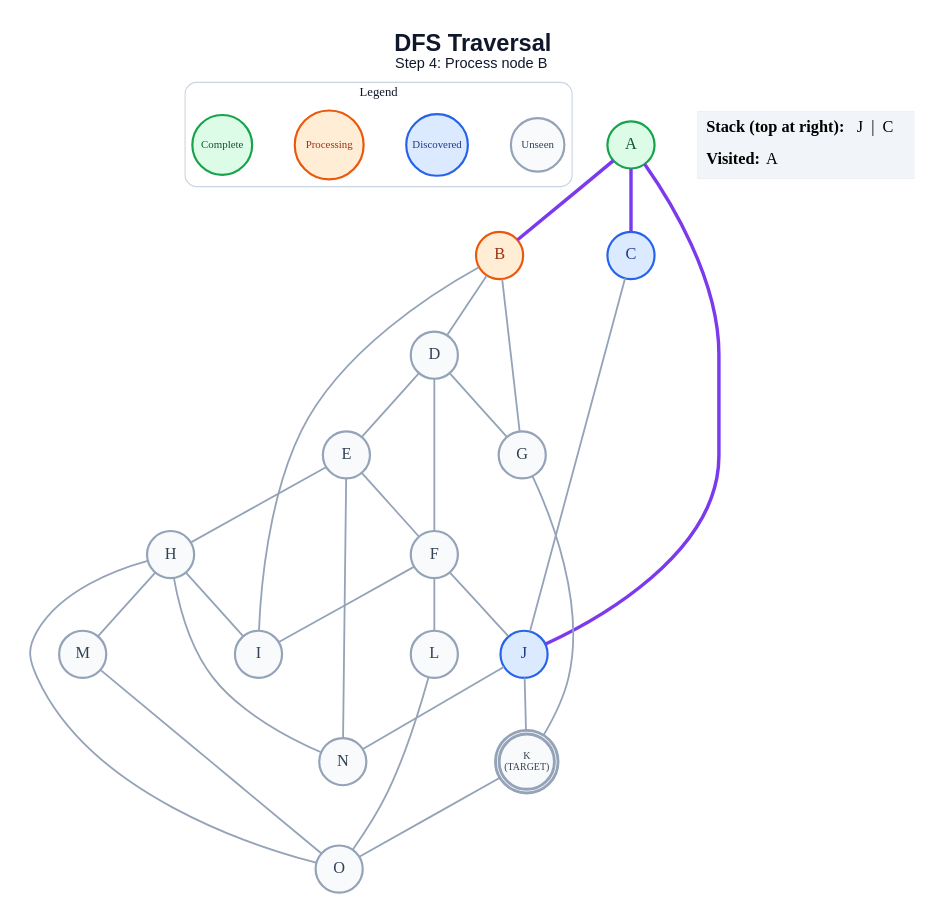
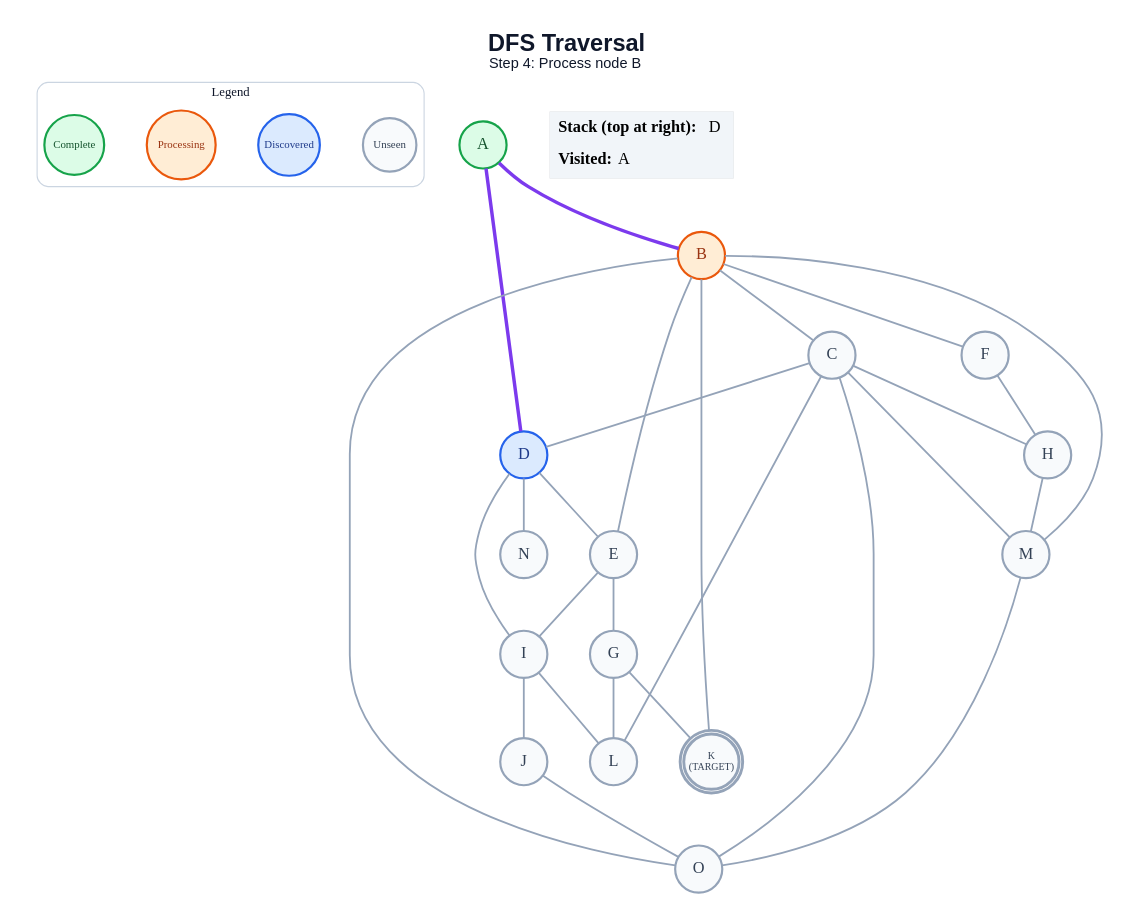
One commit to anon7238593-create/ai-slop changed the diagram in generated/dfs/step_04.dot. Above: the diagram before and after it, drawn with Graphviz. The commit also changed 245 other files, not shown here.

```diff
--- a/generated/dfs/step_04.dot
+++ b/generated/dfs/step_04.dot
@@ -1,60 +1,60 @@
 graph traversal {
   graph [layout=dot, rankdir=TB, bgcolor="#FFFFFF", pad="0.35", nodesep="0.65", ranksep="0.8", fontname="Arial"];
   node [shape=circle, style="filled", fontname="Arial Bold", fontsize=18, width=0.72, fixedsize=true, penwidth=2.4];
   edge [color="#94A3B8", penwidth=2.0];
   label=<<B>DFS Traversal</B><BR/><FONT POINT-SIZE="16">Step 4: Process node B</FONT>>; labelloc="t"; fontsize=26; fontname="Arial"; fontcolor="#0F172A";
   subgraph cluster_legend { label="Legend"; color="#CBD5E1"; penwidth=1.2; style="rounded"; fontsize=14; fontname="Arial Bold";
     key_unseen [label="Unseen", fillcolor="#F8FAFC", color="#94A3B8", fontcolor="#334155", fontsize=12, width=0.82];
     key_frontier [label="Discovered", fillcolor="#DBEAFE", color="#2563EB", fontcolor="#1E3A8A", fontsize=12, width=0.95];
     key_current [label="Processing", fillcolor="#FFEDD5", color="#EA580C", fontcolor="#9A3412", fontsize=12, width=1.05];
     key_done [label="Complete", fillcolor="#DCFCE7", color="#16A34A", fontcolor="#14532D", fontsize=12, width=0.92];
     { rank=same; key_unseen; key_frontier; key_current; key_done; }
   }
   A [label="A", fillcolor="#DCFCE7", color="#16A34A", fontcolor="#14532D", peripheries=1, penwidth=2.4];
   B [label="B", fillcolor="#FFEDD5", color="#EA580C", fontcolor="#9A3412", peripheries=1, penwidth=2.4];
-  C [label="C", fillcolor="#DBEAFE", color="#2563EB", fontcolor="#1E3A8A", peripheries=1, penwidth=2.4];
-  D [label="D", fillcolor="#F8FAFC", color="#94A3B8", fontcolor="#334155", peripheries=1, penwidth=2.4];
+  C [label="C", fillcolor="#F8FAFC", color="#94A3B8", fontcolor="#334155", peripheries=1, penwidth=2.4];
+  D [label="D", fillcolor="#DBEAFE", color="#2563EB", fontcolor="#1E3A8A", peripheries=1, penwidth=2.4];
   E [label="E", fillcolor="#F8FAFC", color="#94A3B8", fontcolor="#334155", peripheries=1, penwidth=2.4];
   F [label="F", fillcolor="#F8FAFC", color="#94A3B8", fontcolor="#334155", peripheries=1, penwidth=2.4];
   G [label="G", fillcolor="#F8FAFC", color="#94A3B8", fontcolor="#334155", peripheries=1, penwidth=2.4];
   H [label="H", fillcolor="#F8FAFC", color="#94A3B8", fontcolor="#334155", peripheries=1, penwidth=2.4];
   I [label="I", fillcolor="#F8FAFC", color="#94A3B8", fontcolor="#334155", peripheries=1, penwidth=2.4];
-  J [label="J", fillcolor="#DBEAFE", color="#2563EB", fontcolor="#1E3A8A", peripheries=1, penwidth=2.4];
+  J [label="J", fillcolor="#F8FAFC", color="#94A3B8", fontcolor="#334155", peripheries=1, penwidth=2.4];
   K [label="K\n(TARGET)", fillcolor="#F8FAFC", color="#94A3B8", fontcolor="#334155", peripheries=2, penwidth=3.2, fontsize=11, width=0.85, height=0.85];
   L [label="L", fillcolor="#F8FAFC", color="#94A3B8", fontcolor="#334155", peripheries=1, penwidth=2.4];
   M [label="M", fillcolor="#F8FAFC", color="#94A3B8", fontcolor="#334155", peripheries=1, penwidth=2.4];
   N [label="N", fillcolor="#F8FAFC", color="#94A3B8", fontcolor="#334155", peripheries=1, penwidth=2.4];
   O [label="O", fillcolor="#F8FAFC", color="#94A3B8", fontcolor="#334155", peripheries=1, penwidth=2.4];
   A -- B [color="#7C3AED", penwidth=3.8];
-  A -- C [color="#7C3AED", penwidth=3.8];
-  A -- J [color="#7C3AED", penwidth=3.8];
-  B -- D;
-  B -- G;
-  B -- I;
-  C -- J;
+  A -- D [color="#7C3AED", penwidth=3.8];
+  B -- C;
+  B -- E;
+  B -- F;
+  B -- K;
+  B -- M;
+  B -- O;
+  C -- D;
+  C -- H;
+  C -- L;
+  C -- M;
+  C -- O;
   D -- E;
-  D -- F;
-  D -- G;
-  E -- F;
-  E -- H;
-  E -- N;
-  F -- I;
-  F -- J;
-  F -- L;
+  D -- I;
+  D -- N;
+  E -- G;
+  E -- I;
+  F -- H;
   G -- K;
-  H -- I;
+  G -- L;
   H -- M;
-  H -- N;
-  H -- O;
-  J -- K;
-  J -- N;
-  K -- O;
-  L -- O;
+  I -- J;
+  I -- L;
+  J -- O;
   M -- O;
   status [shape=plain, fixedsize=false, width=0, height=0, margin=0, label=<
     <TABLE BORDER="0" CELLBORDER="0" CELLPADDING="7" BGCOLOR="#F1F5F9">
-      <TR><TD ALIGN="LEFT"><B>Stack (top at right):</B> J  |  C</TD></TR>
+      <TR><TD ALIGN="LEFT"><B>Stack (top at right):</B> D</TD></TR>
       <TR><TD ALIGN="LEFT"><B>Visited:</B> A</TD></TR>
     </TABLE>
   >];
 }
```
